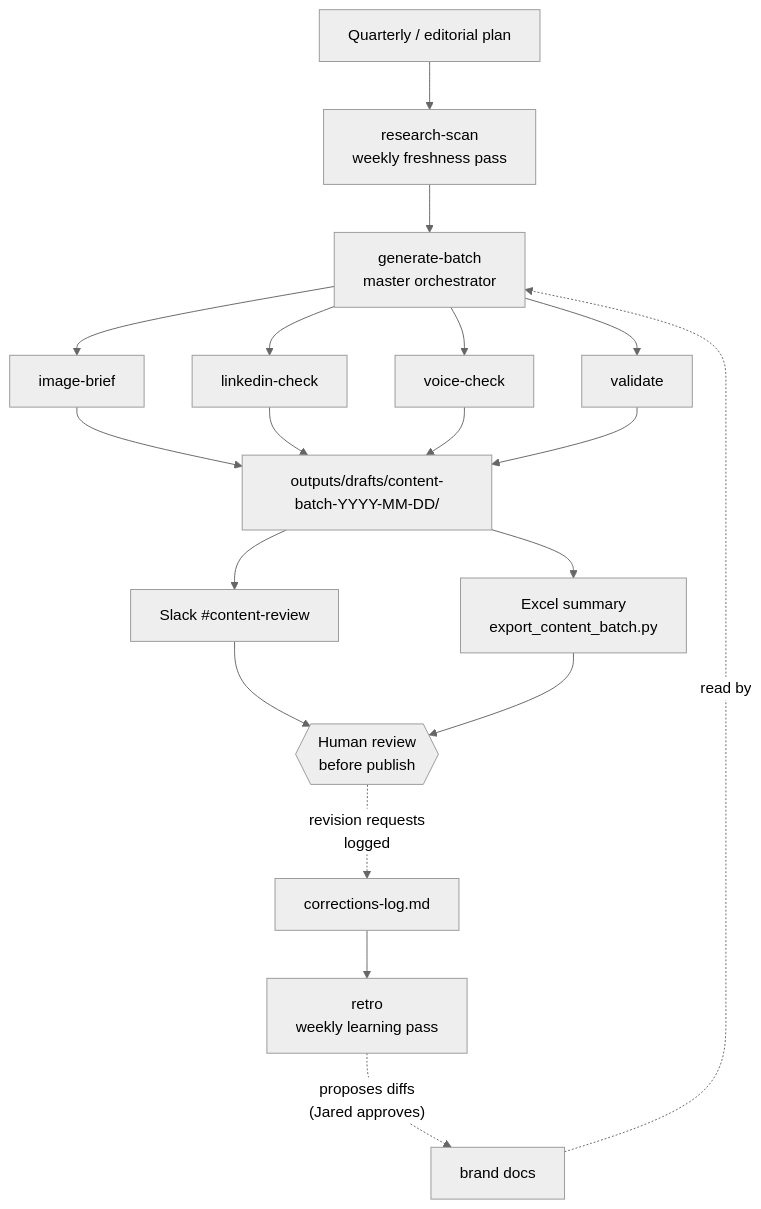
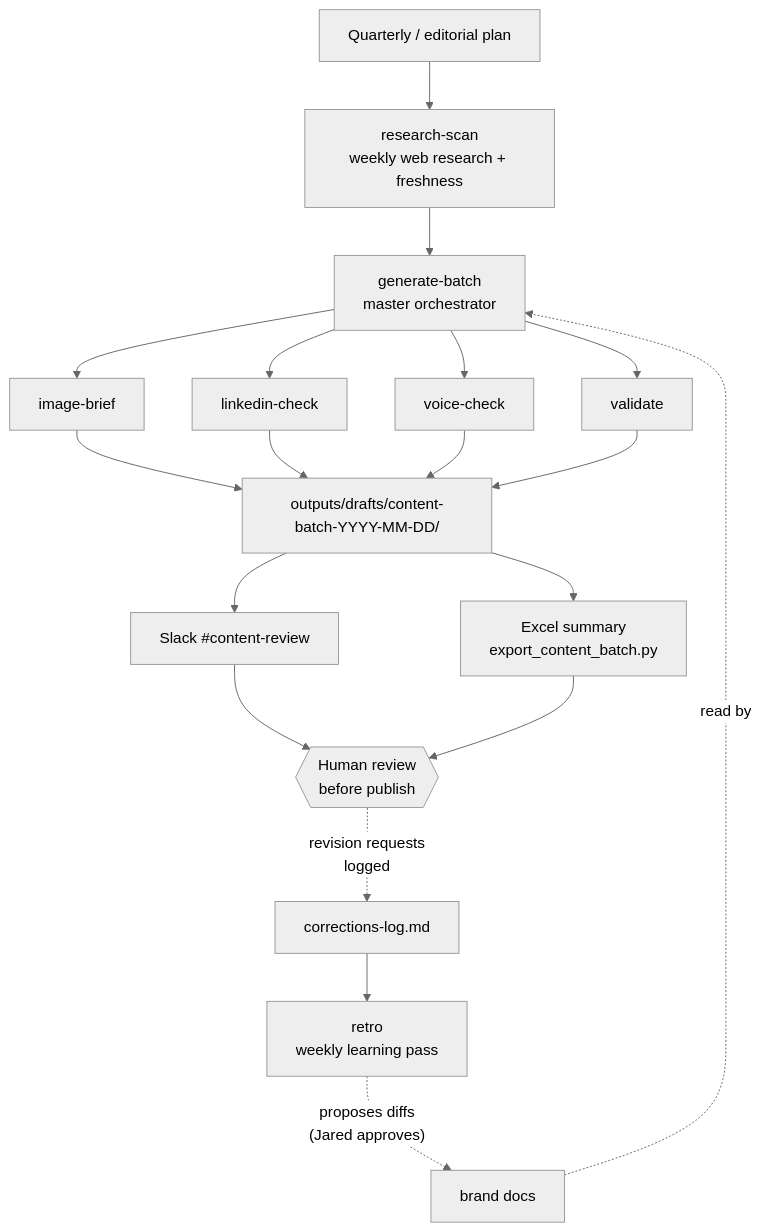
Before and after one commit to evercrisp-ai-org/clients: the first of 4 diagrams in capable-wealth/tech-pack/04-workflow-maps.md, drawn with Mermaid (neutral theme). The commit also changed 10 other files, not shown here.

Commit message:
research-scan: do live web research to verify/freshen the week's plan; update all docs

````diff
--- a/capable-wealth/tech-pack/04-workflow-maps.md
+++ b/capable-wealth/tech-pack/04-workflow-maps.md
@@ -13,21 +13,21 @@
 ```mermaid
 flowchart TD
-    QP["Quarterly / editorial plan"] --> RS["research-scan<br/>weekly freshness pass"]
+    QP["Quarterly / editorial plan"] --> RS["research-scan<br/>weekly web research + freshness"]
     RS --> GB["generate-batch<br/>master orchestrator"]
     GB --> IB["image-brief"]
     GB --> LC["linkedin-check"]
     GB --> VC["voice-check"]
     GB --> VAL["validate"]
     IB --> OUT
     LC --> OUT
     VC --> OUT
     VAL --> OUT["outputs/drafts/content-batch-YYYY-MM-DD/"]
     OUT --> XL["Excel summary<br/>export_content_batch.py"]
     OUT --> SL["Slack #content-review"]
     SL --> HUMAN{{"Human review<br/>before publish"}}
     XL --> HUMAN
     HUMAN -.->|"revision requests<br/>logged"| LOG["corrections-log.md"]
     LOG --> RETRO["retro<br/>weekly learning pass"]
     RETRO -.->|"proposes diffs<br/>(Jared approves)"| BRAND["brand docs"]
     BRAND -.->|"read by"| GB
 ```
````
